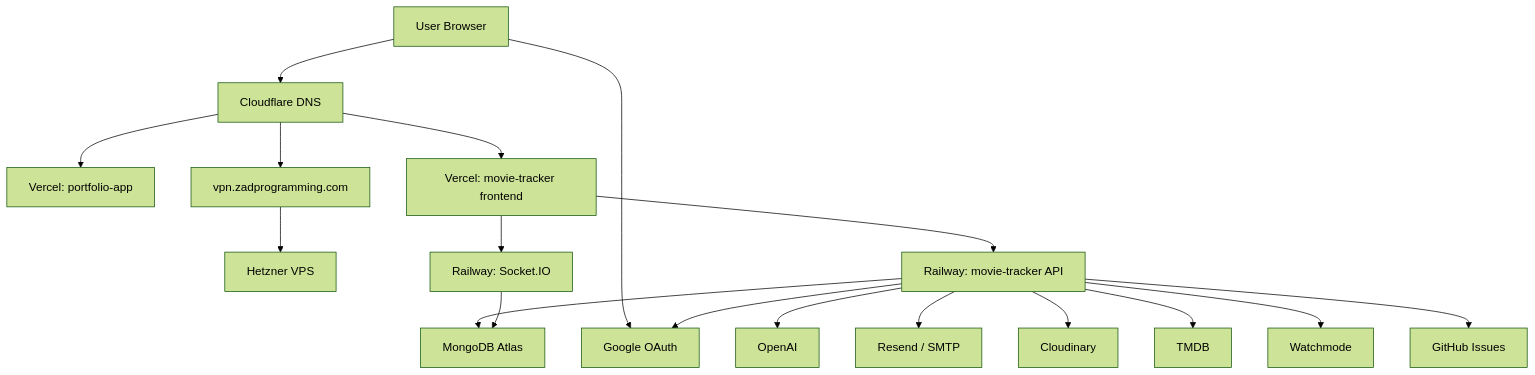
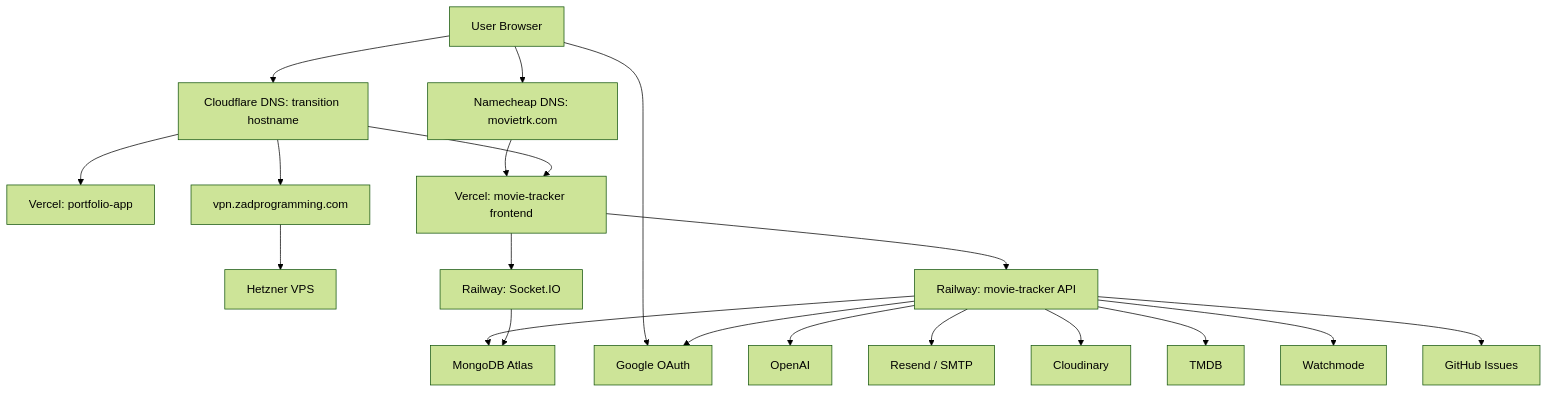
The diagram in ARCHITECTURE.md (ZadBabaei/movie-tracker), drawn with Mermaid (forest theme) before and after one commit. The commit also changed other lines of this file and 9 other files, not shown here.

Commit message:
chore: prepare movietrk.com domain migration

````diff
--- a/ARCHITECTURE.md
+++ b/ARCHITECTURE.md
@@ -29,22 +30,24 @@
 ```mermaid
 flowchart TD
-    User[User Browser] --> Cloudflare[Cloudflare DNS]
+    User[User Browser] --> Namecheap[Namecheap DNS: movietrk.com]
+    User --> Cloudflare[Cloudflare DNS: transition hostname]
     Cloudflare --> VercelPortfolio[Vercel: portfolio-app]
-    Cloudflare --> VercelMovieTracker[Vercel: movie-tracker frontend]
+    Namecheap --> VercelMovieTracker[Vercel: movie-tracker frontend]
+    Cloudflare --> VercelMovieTracker
     Cloudflare --> VPN[vpn.zadprogramming.com]
     VPN --> Hetzner[Hetzner VPS]
 
     VercelMovieTracker --> RailwayAPI[Railway: movie-tracker API]
     VercelMovieTracker --> RailwaySocket[Railway: Socket.IO]
     RailwayAPI --> MongoDBAtlas[MongoDB Atlas]
     RailwaySocket --> MongoDBAtlas
 
     User --> GoogleOAuth[Google OAuth]
     RailwayAPI --> GoogleOAuth
     RailwayAPI --> OpenAI[OpenAI]
     RailwayAPI --> Resend[Resend / SMTP]
     RailwayAPI --> Cloudinary[Cloudinary]
     RailwayAPI --> TMDB[TMDB]
     RailwayAPI --> Watchmode[Watchmode]
     RailwayAPI --> GitHub[GitHub Issues]
 ```
````
